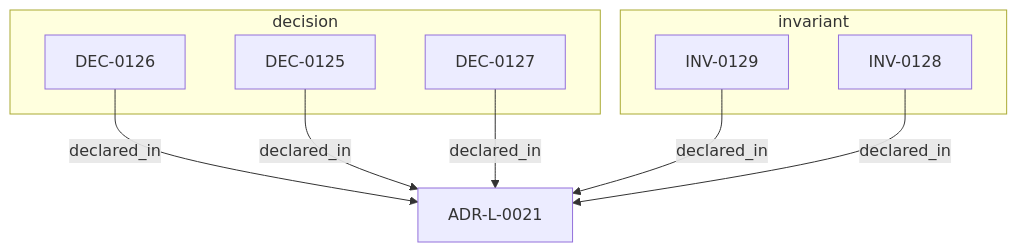
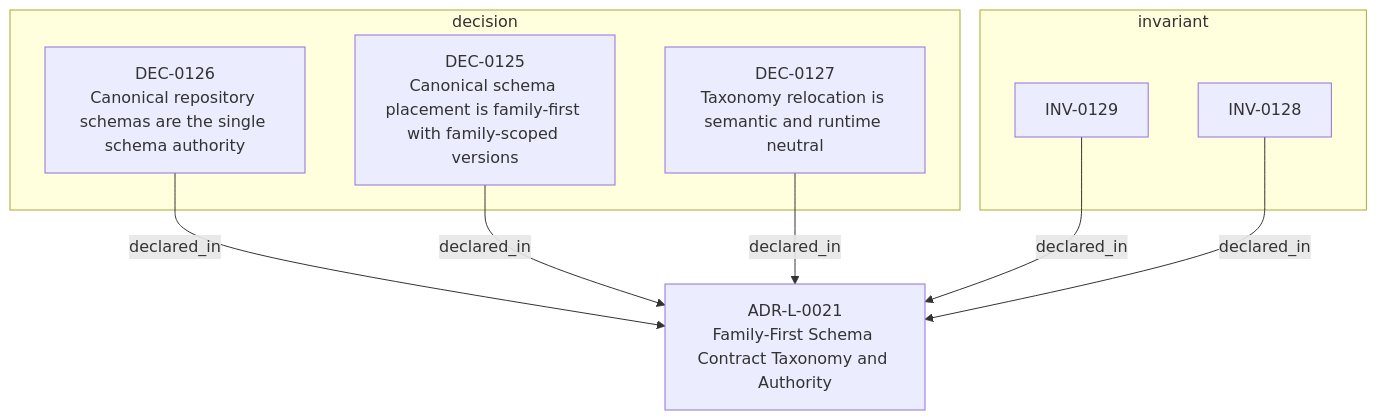
One commit to egallmann/adr-architecture-kit changed the diagram in adrs/adr-projection/logical/ADR-L-0021-family-first-schema-contract-taxonomy.md. Above: the diagram before and after it, drawn with Mermaid. The commit also changed other lines of this file and 35 other files, not shown here.

````diff
--- a/adrs/adr-projection/logical/ADR-L-0021-family-first-schema-contract-taxonomy.md
+++ b/adrs/adr-projection/logical/ADR-L-0021-family-first-schema-contract-taxonomy.md
@@ -53,18 +53,18 @@
 ```mermaid
 flowchart TB
-  n_01a00626_c5cd_7064_8a74_e54d0179e4b9["ADR-L-0021"]
+  n_01a00626_c5cd_7064_8a74_e54d0179e4b9["ADR-L-0021<br/>Family-First Schema Contract Taxonomy and Authority"]
   subgraph sg_decision["decision"]
-    n_01a00627_97d8_73c0_8ef4_f0e87ad8c19b["DEC-0125"]
-    n_01a00627_97d8_7280_81f3_e22a264bc7c3["DEC-0126"]
-    n_01a00627_97d8_7528_9748_aaa7df6c2fe2["DEC-0127"]
+    n_01a00627_97d8_73c0_8ef4_f0e87ad8c19b["DEC-0125<br/>Canonical schema placement is family-first with family-scoped versions"]
+    n_01a00627_97d8_7280_81f3_e22a264bc7c3["DEC-0126<br/>Canonical repository schemas are the single schema authority"]
+    n_01a00627_97d8_7528_9748_aaa7df6c2fe2["DEC-0127<br/>Taxonomy relocation is semantic and runtime neutral"]
   end
   subgraph sg_invariant["invariant"]
     n_01a00627_97d8_7e92_a0ca_e572a89fef75["INV-0128"]
     n_01a00627_97d8_76cd_853b_3e17275c4b76["INV-0129"]
   end
   n_01a00627_97d8_7280_81f3_e22a264bc7c3 -->|"declared_in"| n_01a00626_c5cd_7064_8a74_e54d0179e4b9
   n_01a00627_97d8_73c0_8ef4_f0e87ad8c19b -->|"declared_in"| n_01a00626_c5cd_7064_8a74_e54d0179e4b9
   n_01a00627_97d8_7528_9748_aaa7df6c2fe2 -->|"declared_in"| n_01a00626_c5cd_7064_8a74_e54d0179e4b9
   n_01a00627_97d8_76cd_853b_3e17275c4b76 -->|"declared_in"| n_01a00626_c5cd_7064_8a74_e54d0179e4b9
   n_01a00627_97d8_7e92_a0ca_e572a89fef75 -->|"declared_in"| n_01a00626_c5cd_7064_8a74_e54d0179e4b9
 ```
````
